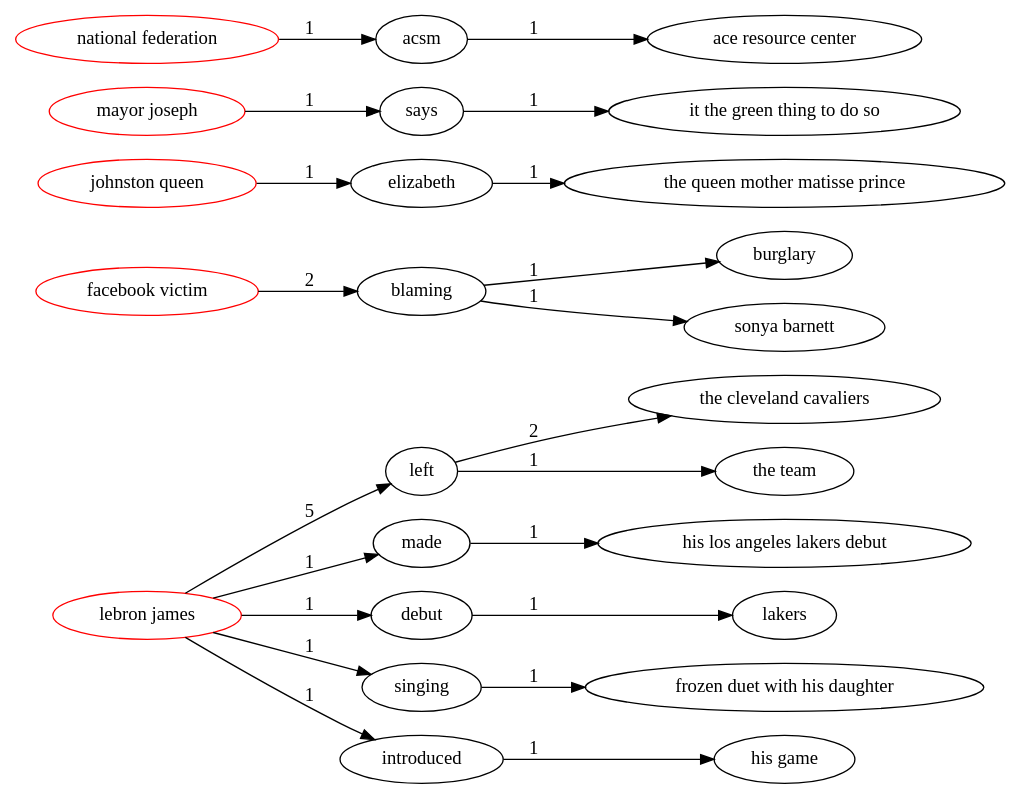
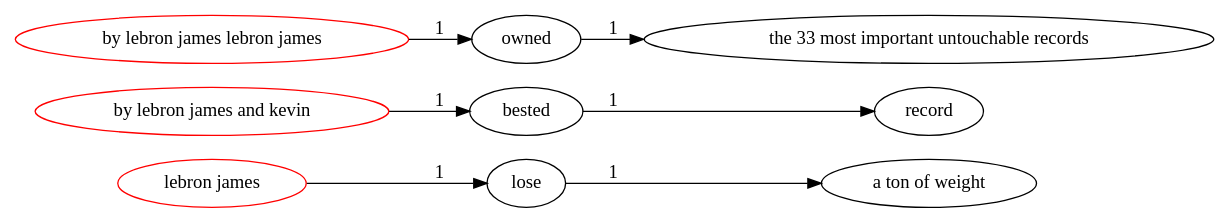
One commit to kasinxc/Semantic-Role-Labeling-For-News changed the diagram in Source/SRL/Digraph.gv. Above: the diagram before and after it, drawn with Graphviz. The commit also changed 6 other files, not shown here.

```diff
--- a/Source/SRL/Digraph.gv
+++ b/Source/SRL/Digraph.gv
@@ -1,52 +1,18 @@
 digraph {
 	rankdir=LR
 	"lebron james" [label="lebron james" color=red]
-	"lebron james.left" [label=left]
-	"lebron james" -> "lebron james.left" [label=5]
-	"lebron james" [label="lebron james" color=red]
-	"lebron james.made" [label=made]
-	"lebron james" -> "lebron james.made" [label=1]
-	"lebron james" [label="lebron james" color=red]
-	"lebron james.debut" [label=debut]
-	"lebron james" -> "lebron james.debut" [label=1]
-	"lebron james" [label="lebron james" color=red]
-	"lebron james.singing" [label=singing]
-	"lebron james" -> "lebron james.singing" [label=1]
-	"lebron james" [label="lebron james" color=red]
-	"lebron james.introduced" [label=introduced]
-	"lebron james" -> "lebron james.introduced" [label=1]
-	"lebron james.made.his los angeles lakers debut" [label="his los angeles lakers debut"]
-	"lebron james.made" -> "lebron james.made.his los angeles lakers debut" [label=1]
-	"lebron james.debut.lakers" [label=lakers]
-	"lebron james.debut" -> "lebron james.debut.lakers" [label=1]
-	"lebron james.left.the cleveland cavaliers" [label="the cleveland cavaliers"]
-	"lebron james.left" -> "lebron james.left.the cleveland cavaliers" [label=2]
-	"lebron james.left.the team" [label="the team"]
-	"lebron james.left" -> "lebron james.left.the team" [label=1]
-	"lebron james.singing.frozen duet with his daughter" [label="frozen duet with his daughter"]
-	"lebron james.singing" -> "lebron james.singing.frozen duet with his daughter" [label=1]
-	"lebron james.introduced.his game" [label="his game"]
-	"lebron james.introduced" -> "lebron james.introduced.his game" [label=1]
-	"facebook victim" [label="facebook victim" color=red]
-	"facebook victim.blaming" [label=blaming]
-	"facebook victim" -> "facebook victim.blaming" [label=2]
-	"facebook victim.blaming.burglary" [label=burglary]
-	"facebook victim.blaming" -> "facebook victim.blaming.burglary" [label=1]
-	"facebook victim.blaming.sonya barnett" [label="sonya barnett"]
-	"facebook victim.blaming" -> "facebook victim.blaming.sonya barnett" [label=1]
-	"johnston queen" [label="johnston queen" color=red]
-	"johnston queen.elizabeth" [label=elizabeth]
-	"johnston queen" -> "johnston queen.elizabeth" [label=1]
-	"johnston queen.elizabeth.the queen mother matisse prince" [label="the queen mother matisse prince"]
-	"johnston queen.elizabeth" -> "johnston queen.elizabeth.the queen mother matisse prince" [label=1]
-	"mayor joseph" [label="mayor joseph" color=red]
-	"mayor joseph.says" [label=says]
-	"mayor joseph" -> "mayor joseph.says" [label=1]
-	"mayor joseph.says.it the green thing to do so" [label="it the green thing to do so"]
-	"mayor joseph.says" -> "mayor joseph.says.it the green thing to do so" [label=1]
-	"national federation" [label="national federation" color=red]
-	"national federation.acsm" [label=acsm]
-	"national federation" -> "national federation.acsm" [label=1]
-	"national federation.acsm.ace resource center" [label="ace resource center"]
-	"national federation.acsm" -> "national federation.acsm.ace resource center" [label=1]
+	"lebron james.lose" [label=lose]
+	"lebron james" -> "lebron james.lose" [label=1]
+	"lebron james.lose.a ton of weight" [label="a ton of weight"]
+	"lebron james.lose" -> "lebron james.lose.a ton of weight" [label=1]
+	"by lebron james and kevin" [label="by lebron james and kevin" color=red]
+	"by lebron james and kevin.bested" [label=bested]
+	"by lebron james and kevin" -> "by lebron james and kevin.bested" [label=1]
+	"by lebron james and kevin.bested.record" [label=record]
+	"by lebron james and kevin.bested" -> "by lebron james and kevin.bested.record" [label=1]
+	"by lebron james lebron james" [label="by lebron james lebron james" color=red]
+	"by lebron james lebron james.owned" [label=owned]
+	"by lebron james lebron james" -> "by lebron james lebron james.owned" [label=1]
+	"by lebron james lebron james.owned.the 33 most important untouchable records" [label="the 33 most important untouchable records"]
+	"by lebron james lebron james.owned" -> "by lebron james lebron james.owned.the 33 most important untouchable records" [label=1]
 }
```
